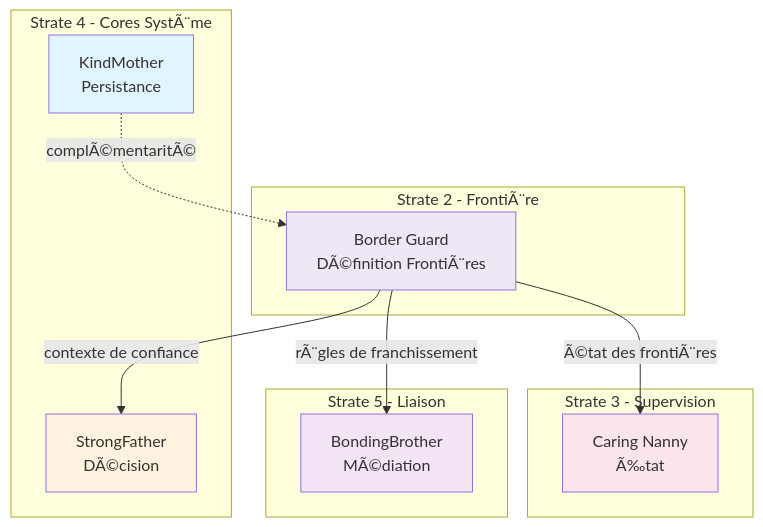
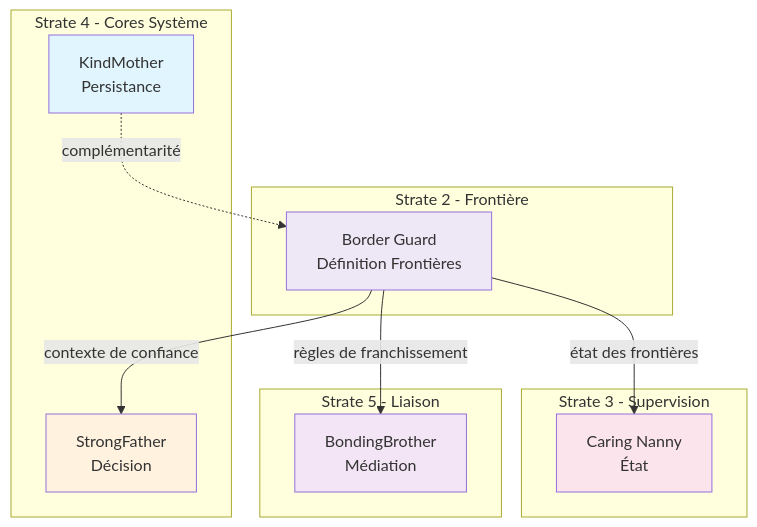
One commit to StudioMiyukini/miyukini_cog changed the diagram in docs/cores/BorderGuard/_index.md. Above: the diagram before and after it, drawn with Mermaid. The commit also changed other lines of this file and 564 other files, not shown here.

````diff
--- a/docs/cores/BorderGuard/_index.md
+++ b/docs/cores/BorderGuard/_index.md
@@ -173,36 +173,36 @@
 ```mermaid
 graph TB
-    subgraph Strate4[Strate 4 - Cores SystÃ¨me]
-        SF[StrongFather<br/>DÃ©cision]
+    subgraph Strate4[Strate 4 - Cores Système]
+        SF[StrongFather<br/>Décision]
         KM[KindMother<br/>Persistance]
     end
 
     subgraph Strate3[Strate 3 - Supervision]
-        CN[Caring Nanny<br/>Ã‰tat]
+        CN[Caring Nanny<br/>État]
     end
 
-    subgraph Strate2[Strate 2 - FrontiÃ¨re]
-        BG[Border Guard<br/>DÃ©finition FrontiÃ¨res]
+    subgraph Strate2[Strate 2 - Frontière]
+        BG[Border Guard<br/>Définition Frontières]
     end
 
     subgraph Strate5[Strate 5 - Liaison]
-        BB[BondingBrother<br/>MÃ©diation]
+        BB[BondingBrother<br/>Médiation]
     end
 
     BG -->|"contexte de confiance"| SF
-    BG -->|"rÃ¨gles de franchissement"| BB
-    BG -->|"Ã©tat des frontiÃ¨res"| CN
-    KM -.->|"complÃ©mentaritÃ©"| BG
+    BG -->|"règles de franchissement"| BB
+    BG -->|"état des frontières"| CN
+    KM -.->|"complémentarité"| BG
 
     classDef coreFrontier fill:#ede7f6
     classDef coreData fill:#e1f5fe
     classDef coreDecision fill:#fff3e0
     classDef liaison fill:#f3e5f5
     classDef supervision fill:#fce4ec
 
     class BG coreFrontier
     class KM coreData
     class SF coreDecision
     class BB liaison
     class CN supervision
 ```
````
